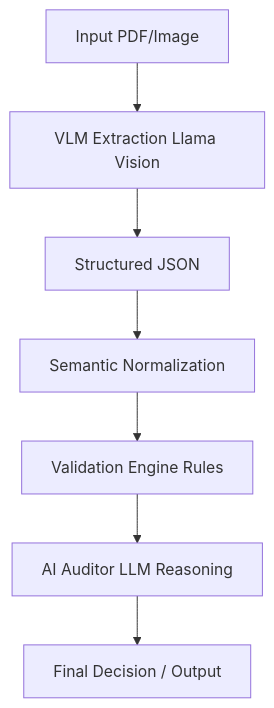
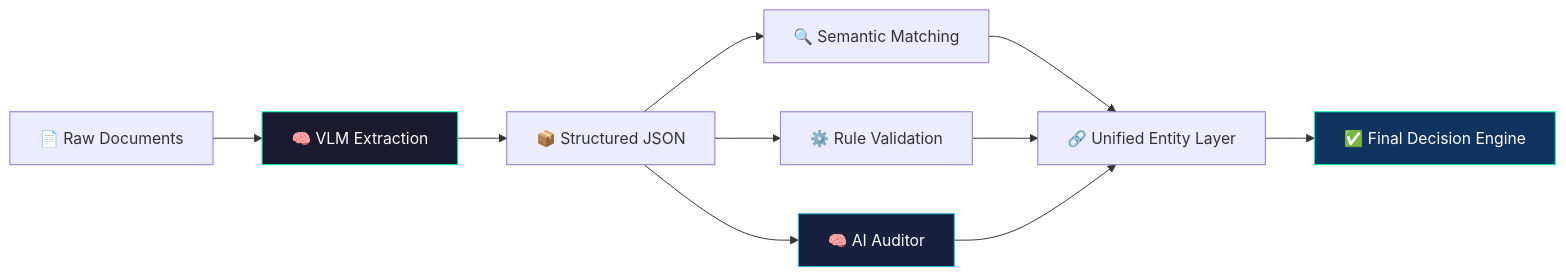
The first of 3 diagrams in README.md (pypi-ahmad/pypi-ahmad), drawn with Mermaid before and after one commit. The commit also changed other lines of this file, not shown here.

````diff
--- a/README.md
+++ b/README.md
@@ -275,9 +295,19 @@
 ```mermaid
-graph TD;
-    A[Input PDF/Image] --> B[VLM Extraction Llama Vision];
-    B --> C[Structured JSON];
-    C --> D[Semantic Normalization];
-    D --> E[Validation Engine Rules];
-    E --> F[AI Auditor LLM Reasoning];
-    F --> G[Final Decision / Output];
+flowchart LR
+    A[📄 Raw Documents] --> B[🧠 VLM Extraction]
+    B --> C[📦 Structured JSON]
+
+    C --> D1[🔍 Semantic Matching]
+    C --> D2[⚙️ Rule Validation]
+    C --> D3[🧠 AI Auditor]
+
+    D1 --> E[🔗 Unified Entity Layer]
+    D2 --> E
+    D3 --> E
+
+    E --> F[✅ Final Decision Engine]
+
+    style B fill:#1a1a2e,stroke:#00FFAA,color:#fff
+    style D3 fill:#16213e,stroke:#36BCF7,color:#fff
+    style F fill:#0f3460,stroke:#00FFAA,color:#fff
 ```
````
